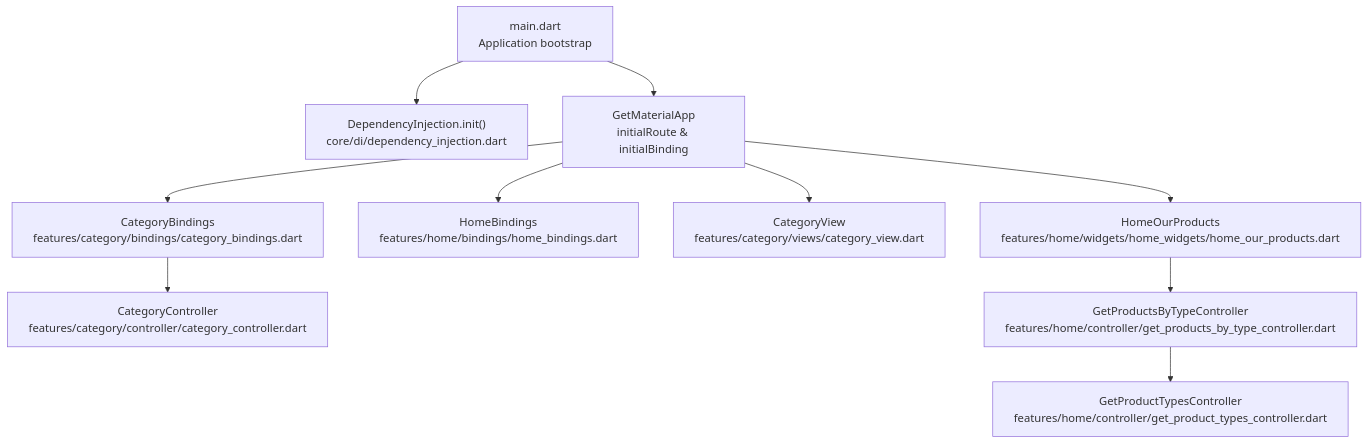
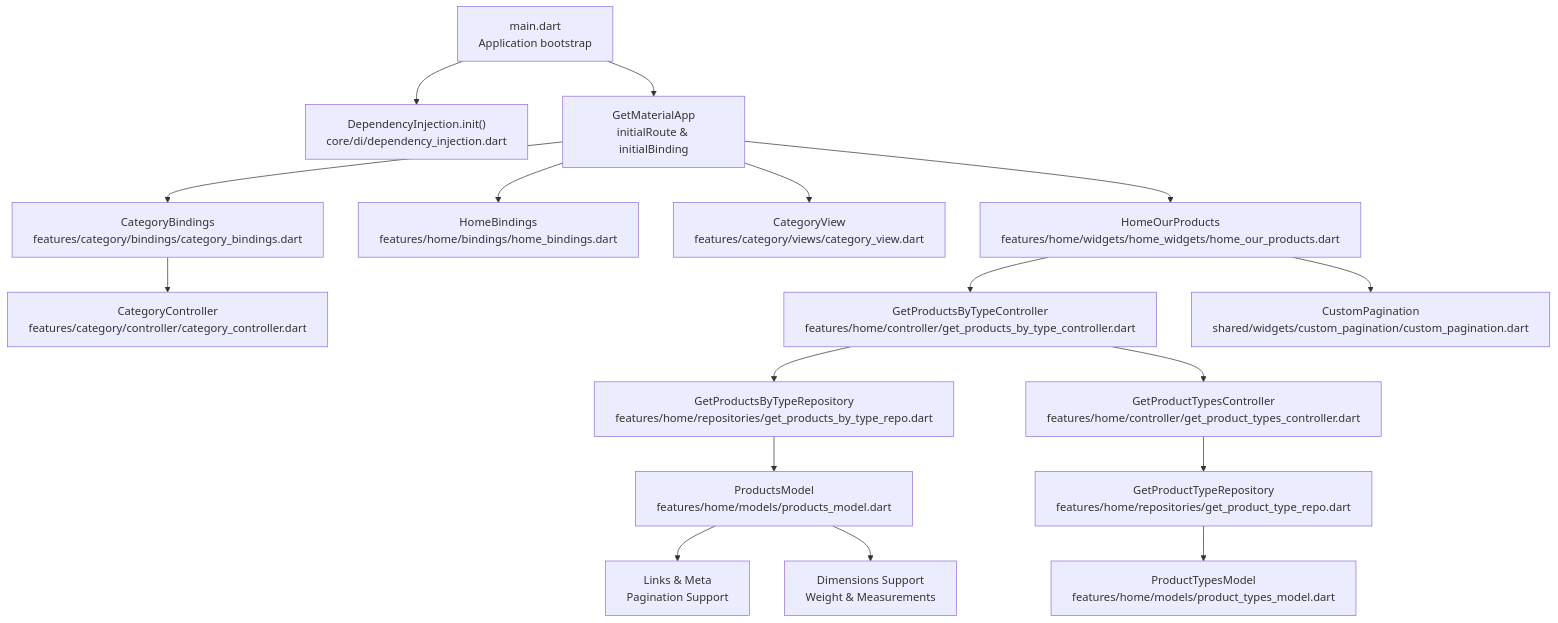
One commit to Ariful3111/FurniGo changed the first of 11 diagrams in .qoder/repowiki/en/content/Core Features/E-commerce Platform/Product Catalog Management.md. Above: the diagram before and after it, drawn with Mermaid. The commit also changed other lines of this file and 8 other files, not shown here.

````diff
--- a/.qoder/repowiki/en/content/Core Features/E-commerce Platform/Product Catalog Management.md
+++ b/.qoder/repowiki/en/content/Core Features/E-commerce Platform/Product Catalog Management.md
@@ -34,12 +51,19 @@
 ```mermaid
 graph TB
 A["main.dart<br/>Application bootstrap"] --> B["DependencyInjection.init()<br/>core/di/dependency_injection.dart"]
 A --> C["GetMaterialApp<br/>initialRoute & initialBinding"]
 C --> D["CategoryBindings<br/>features/category/bindings/category_bindings.dart"]
 C --> E["HomeBindings<br/>features/home/bindings/home_bindings.dart"]
 D --> F["CategoryController<br/>features/category/controller/category_controller.dart"]
 C --> G["CategoryView<br/>features/category/views/category_view.dart"]
 C --> H["HomeOurProducts<br/>features/home/widgets/home_widgets/home_our_products.dart"]
 H --> I["GetProductsByTypeController<br/>features/home/controller/get_products_by_type_controller.dart"]
-I --> J["GetProductTypesController<br/>features/home/controller/get_product_types_controller.dart"]
+I --> J["GetProductsByTypeRepository<br/>features/home/repositories/get_products_by_type_repo.dart"]
+J --> K["ProductsModel<br/>features/home/models/products_model.dart"]
+K --> L["Links & Meta<br/>Pagination Support"]
+K --> M["Dimensions Support<br/>Weight & Measurements"]
+H --> N["CustomPagination<br/>shared/widgets/custom_pagination/custom_pagination.dart"]
+I --> O["GetProductTypesController<br/>features/home/controller/get_product_types_controller.dart"]
+O --> P["GetProductTypeRepository<br/>features/home/repositories/get_product_type_repo.dart"]
+P --> Q["ProductTypesModel<br/>features/home/models/product_types_model.dart"]
 ```
````
